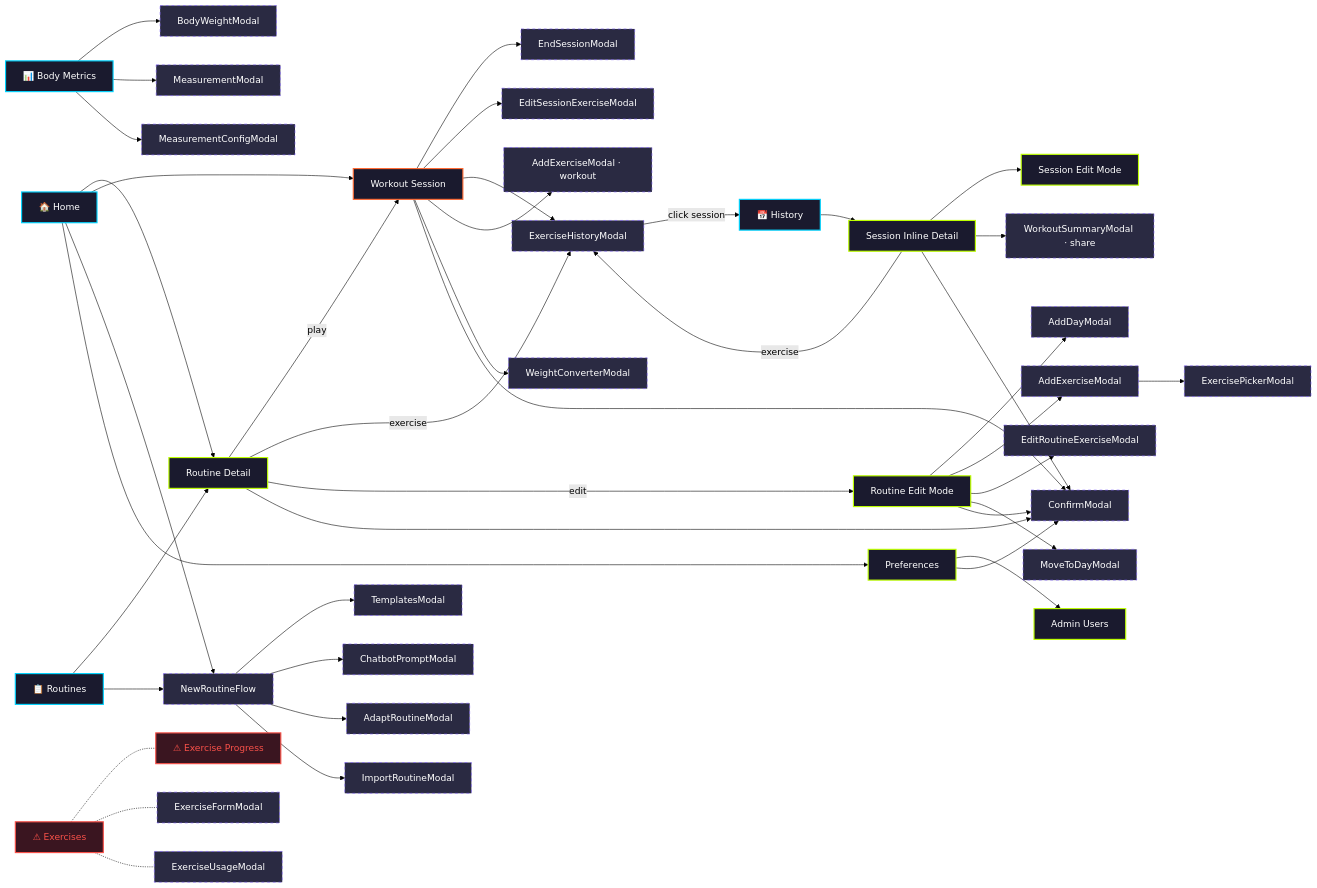
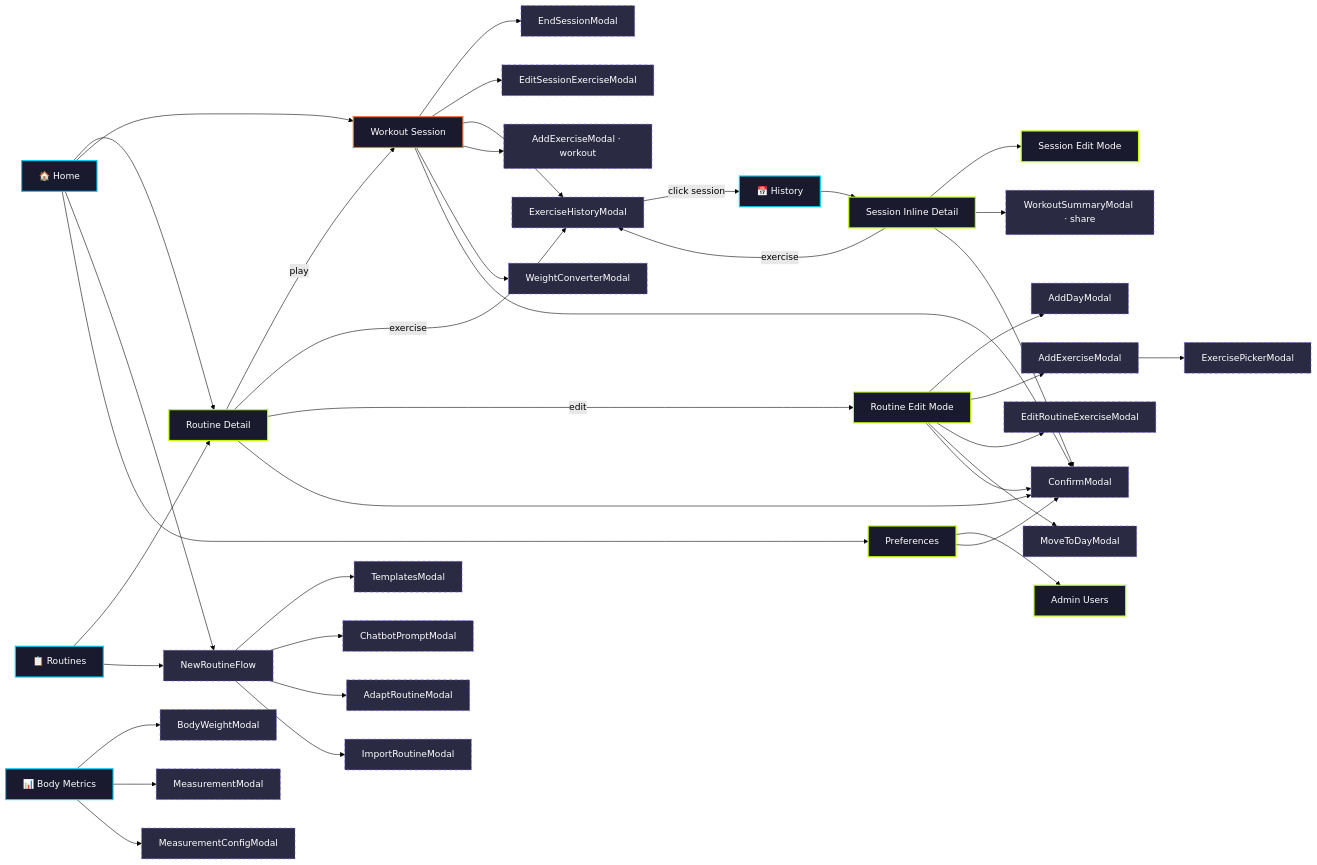
Before and after one commit to serlox-hub/gym-routine-page: the diagram in docs/navigation-flow.md, drawn with Mermaid (forest theme). The commit also changed other lines of this file and 12 other files, not shown here.

First line of the commit message:
chore: eliminar pantallas orphan Exercises y ExerciseProgress

````diff
--- a/docs/navigation-flow.md
+++ b/docs/navigation-flow.md
@@ -3,82 +3,75 @@
 ```mermaid
 flowchart LR
     classDef page fill:#1a1a2e,stroke:#BEFF00,color:#fff,stroke-width:2px
     classDef tab fill:#1a1a2e,stroke:#00D4FF,color:#fff,stroke-width:2px
     classDef modal fill:#2a2a42,stroke:#7C5CFC,color:#fff,stroke-width:1px,stroke-dasharray:5
     classDef overlay fill:#1a1a2e,stroke:#FF6B35,color:#fff,stroke-width:2px
-    classDef orphan fill:#3a1520,stroke:#f85149,color:#f85149,stroke-width:2px
 
     %% ============ TABS (entry points) ============
     HOME["🏠 Home"]:::tab
     ROUTINES["📋 Routines"]:::tab
     HISTORY["📅 History"]:::tab
     BODY["📊 Body Metrics"]:::tab
 
     %% ============ SHARED COMPONENTS ============
     EXERCISE_HISTORY_MODAL["ExerciseHistoryModal"]:::modal
     NEW_ROUTINE_FLOW["NewRoutineFlow"]:::modal
     WORKOUT_SESSION["Workout Session"]:::overlay
     CONFIRM_MODAL["ConfirmModal"]:::modal
 
     %% ============ HOME ============
     HOME --> ROUTINE_DETAIL
     HOME --> WORKOUT_SESSION
     HOME --> NEW_ROUTINE_FLOW
     HOME --> PREFERENCES["Preferences"]:::page
     PREFERENCES --> ADMIN["Admin Users"]:::page
     PREFERENCES --> CONFIRM_MODAL
 
     %% ============ ROUTINES ============
     ROUTINES --> ROUTINE_DETAIL
     ROUTINES --> NEW_ROUTINE_FLOW
 
     %% ============ NEW ROUTINE FLOW ============
     NEW_ROUTINE_FLOW --> TEMPLATES["TemplatesModal"]:::modal
     NEW_ROUTINE_FLOW --> CHATBOT["ChatbotPromptModal"]:::modal
     NEW_ROUTINE_FLOW --> ADAPT["AdaptRoutineModal"]:::modal
     NEW_ROUTINE_FLOW --> IMPORT["ImportRoutineModal"]:::modal
 
     %% ============ ROUTINE DETAIL ============
     ROUTINE_DETAIL["Routine Detail"]:::page
     ROUTINE_DETAIL -->|"play"| WORKOUT_SESSION
     ROUTINE_DETAIL -->|"exercise"| EXERCISE_HISTORY_MODAL
     ROUTINE_DETAIL -->|"edit"| ROUTINE_EDIT["Routine Edit Mode"]:::page
     ROUTINE_DETAIL --> CONFIRM_MODAL
 
     ROUTINE_EDIT --> ADD_DAY["AddDayModal"]:::modal
     ROUTINE_EDIT --> ADD_EXERCISE_MODAL["AddExerciseModal"]:::modal
     ROUTINE_EDIT --> EDIT_RE["EditRoutineExerciseModal"]:::modal
     ROUTINE_EDIT --> MOVE_DAY["MoveToDayModal"]:::modal
     ROUTINE_EDIT --> CONFIRM_MODAL
     ADD_EXERCISE_MODAL --> EXERCISE_PICKER["ExercisePickerModal"]:::modal
 
     %% ============ WORKOUT SESSION ============
     WORKOUT_SESSION --> END_SESSION["EndSessionModal"]:::modal
     WORKOUT_SESSION --> EDIT_SE["EditSessionExerciseModal"]:::modal
     WORKOUT_SESSION --> EXERCISE_HISTORY_MODAL
     WORKOUT_SESSION --> ADD_EX_W["AddExerciseModal · workout"]:::modal
     WORKOUT_SESSION --> WEIGHT_CONV["WeightConverterModal"]:::modal
     WORKOUT_SESSION --> CONFIRM_MODAL
 
     %% ============ EXERCISE HISTORY MODAL ============
     EXERCISE_HISTORY_MODAL -->|"click session"| HISTORY
 
     %% ============ HISTORY ============
     HISTORY --> SESSION_DETAIL["Session Inline Detail"]:::page
     SESSION_DETAIL -->|"exercise"| EXERCISE_HISTORY_MODAL
     SESSION_DETAIL --> SESSION_EDIT["Session Edit Mode"]:::page
     SESSION_DETAIL --> SUMMARY_H["WorkoutSummaryModal · share"]:::modal
     SESSION_DETAIL --> CONFIRM_MODAL
 
     %% ============ BODY METRICS ============
     BODY --> WEIGHT_MODAL["BodyWeightModal"]:::modal
     BODY --> MEASUREMENT["MeasurementModal"]:::modal
     BODY --> MEAS_CONFIG["MeasurementConfigModal"]:::modal
 
-    %% ============ ORPHAN ============
-    EXERCISES["⚠ Exercises"]:::orphan
-    EX_PROGRESS["⚠ Exercise Progress"]:::orphan
-    EXERCISES -.- EX_PROGRESS
-    EXERCISES -.- EX_FORM["ExerciseFormModal"]:::modal
-    EXERCISES -.- EX_USAGE["ExerciseUsageModal"]:::modal
 ```
````
